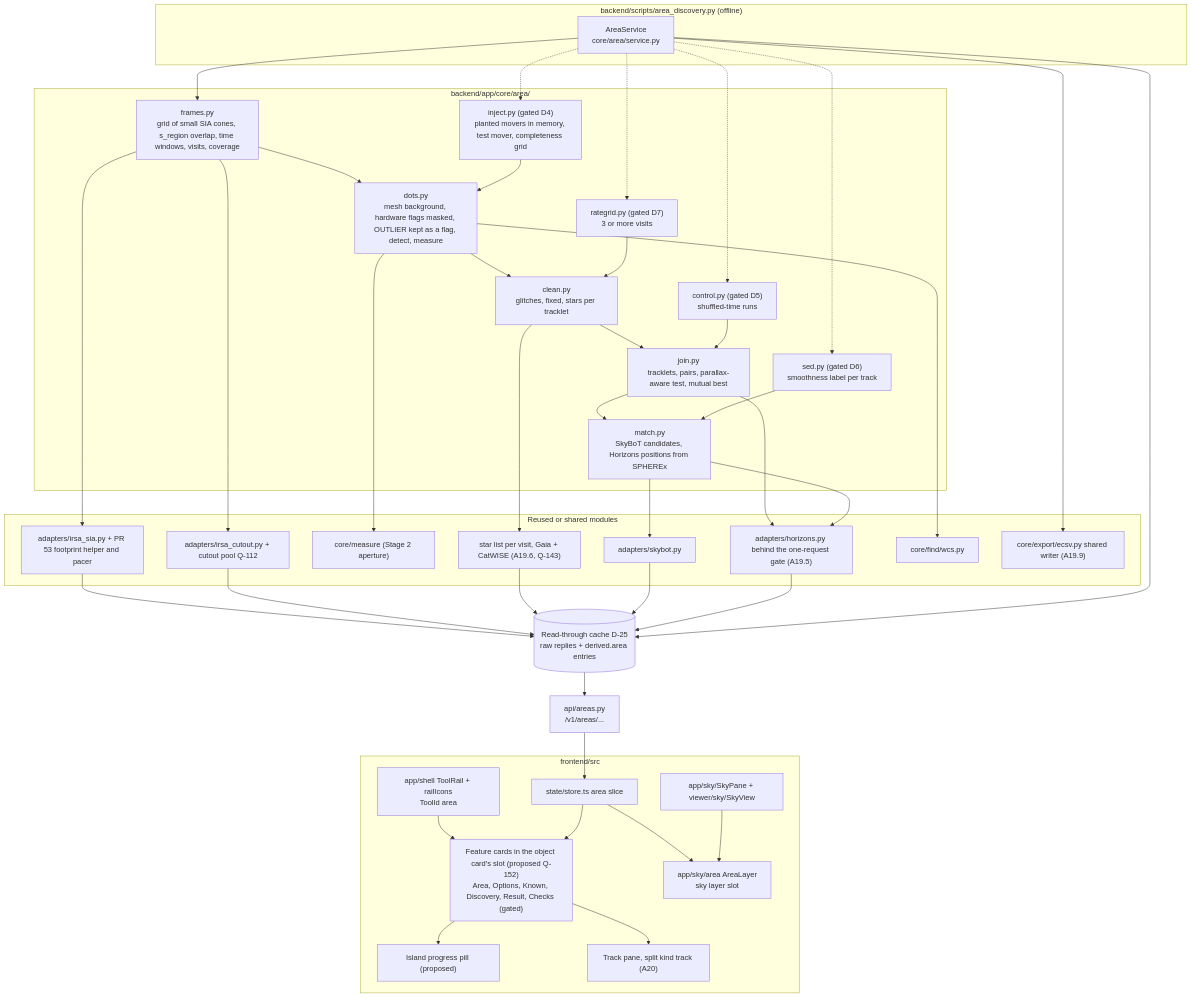
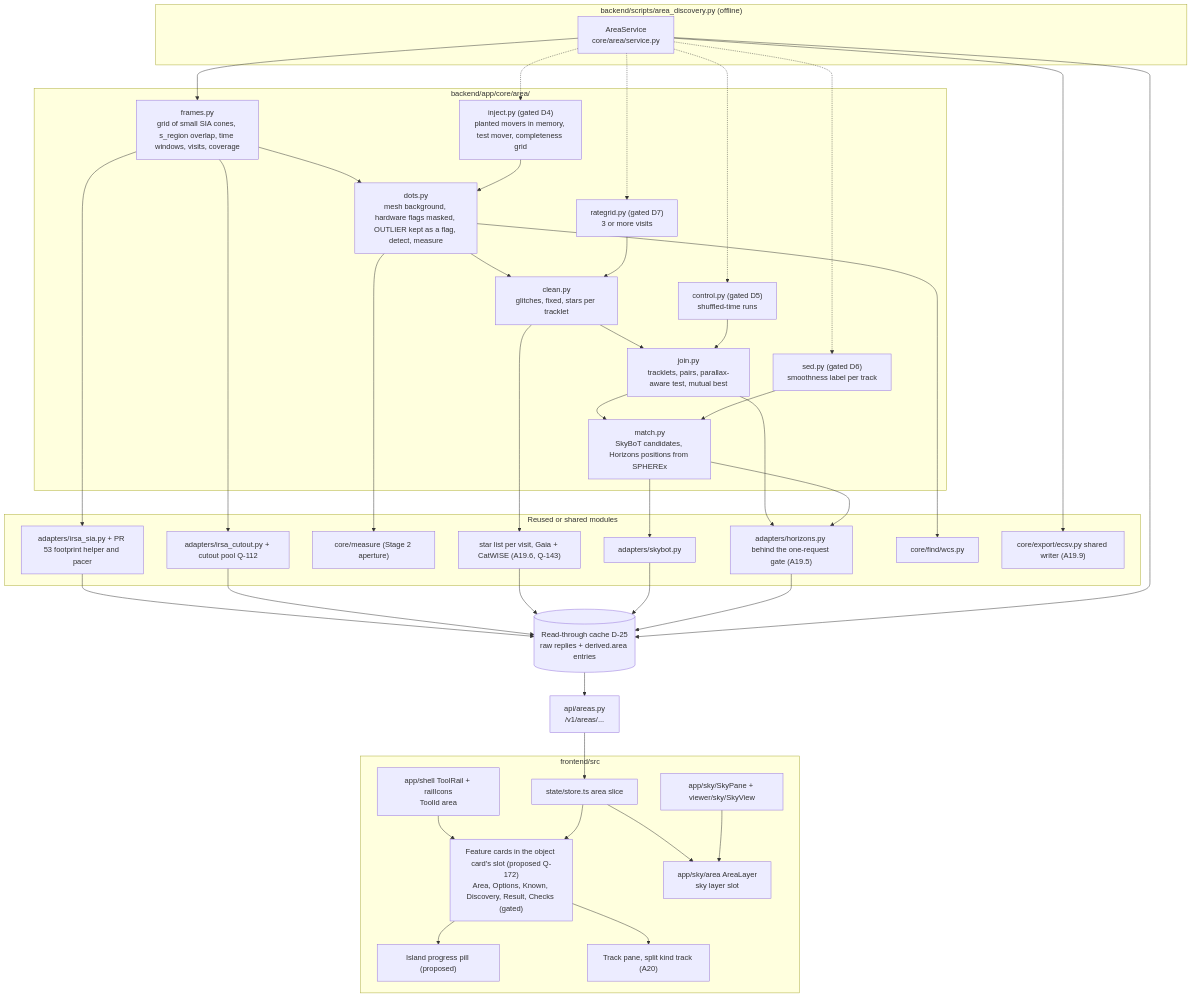
Before and after one commit to 0ffrian/SphereX: the first of 3 diagrams in docs/uml/22-area-search.md, drawn with Mermaid. The commit also changed other lines of this file and 48 other files, not shown here.

````diff
--- a/docs/uml/22-area-search.md
+++ b/docs/uml/22-area-search.md
@@ -7,70 +7,70 @@
 ```mermaid
 flowchart TB
   subgraph Script["backend/scripts/area_discovery.py (offline)"]
     SVC["AreaService<br/>core/area/service.py"]
   end
   subgraph Core["backend/app/core/area/"]
     FRM["frames.py<br/>grid of small SIA cones, s_region overlap, time windows, visits, coverage"]
     DOT["dots.py<br/>mesh background, hardware flags masked, OUTLIER kept as a flag, detect, measure"]
     CLN["clean.py<br/>glitches, fixed, stars per tracklet"]
     JON["join.py<br/>tracklets, pairs, parallax-aware test, mutual best"]
     MAT["match.py<br/>SkyBoT candidates, Horizons positions from SPHEREx"]
     INJ["inject.py (gated D4)<br/>planted movers in memory, test mover, completeness grid"]
     CTL["control.py (gated D5)<br/>shuffled-time runs"]
     SED["sed.py (gated D6)<br/>smoothness label per track"]
     RGL["rategrid.py (gated D7)<br/>3 or more visits"]
   end
   subgraph Reused["Reused or shared modules"]
     SIA["adapters/irsa_sia.py + PR 53 footprint helper and pacer"]
     CUT["adapters/irsa_cutout.py + cutout pool Q-112"]
     MEAS["core/measure (Stage 2 aperture)"]
     STAR["star list per visit, Gaia + CatWISE (A19.6, Q-143)"]
     SKB["adapters/skybot.py"]
     HOR["adapters/horizons.py behind the one-request gate (A19.5)"]
     WCS["core/find/wcs.py"]
     ECSV["core/export/ecsv.py shared writer (A19.9)"]
   end
   CACHE[("Read-through cache D-25<br/>raw replies + derived.area entries")]
   API["api/areas.py<br/>/v1/areas/..."]
   subgraph FE["frontend/src"]
     RAIL["app/shell ToolRail + railIcons<br/>ToolId area"]
-    CARDS["Feature cards in the object card's slot (proposed Q-152)<br/>Area, Options, Known, Discovery, Result, Checks (gated)"]
+    CARDS["Feature cards in the object card's slot (proposed Q-172)<br/>Area, Options, Known, Discovery, Result, Checks (gated)"]
     ISL["Island progress pill (proposed)"]
     LAYER["app/sky/area AreaLayer<br/>sky layer slot"]
     STORE["state/store.ts area slice"]
     TRK["Track pane, split kind track (A20)"]
     SKY["app/sky/SkyPane + viewer/sky/SkyView"]
   end
   SVC --> FRM --> DOT --> CLN --> JON --> MAT
   SVC --> ECSV
   SVC -.-> INJ
   SVC -.-> CTL
   SVC -.-> SED
   SVC -.-> RGL
   INJ --> DOT
   CTL --> JON
   RGL --> CLN
   SED --> MAT
   FRM --> SIA
   FRM --> CUT
   DOT --> WCS
   DOT --> MEAS
   CLN --> STAR
   JON --> HOR
   MAT --> SKB
   MAT --> HOR
   SIA --> CACHE
   CUT --> CACHE
   STAR --> CACHE
   SKB --> CACHE
   HOR --> CACHE
   SVC --> CACHE
   CACHE --> API
   API --> STORE
   RAIL --> CARDS
   STORE --> CARDS
   CARDS --> ISL
   STORE --> LAYER
   SKY --> LAYER
   CARDS --> TRK
 ```
````
